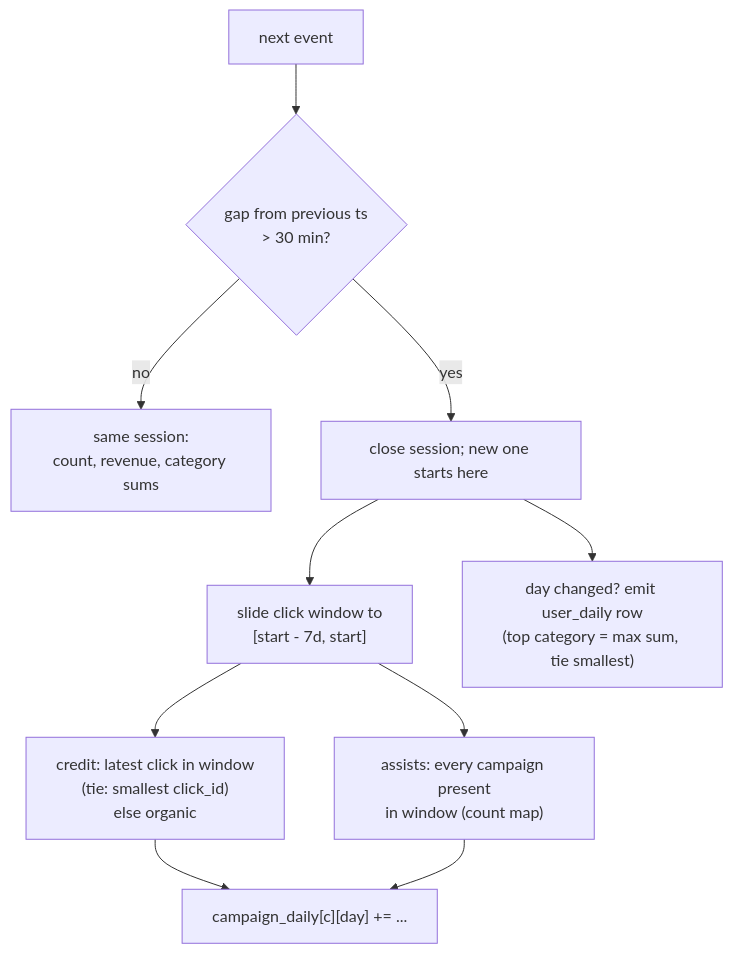
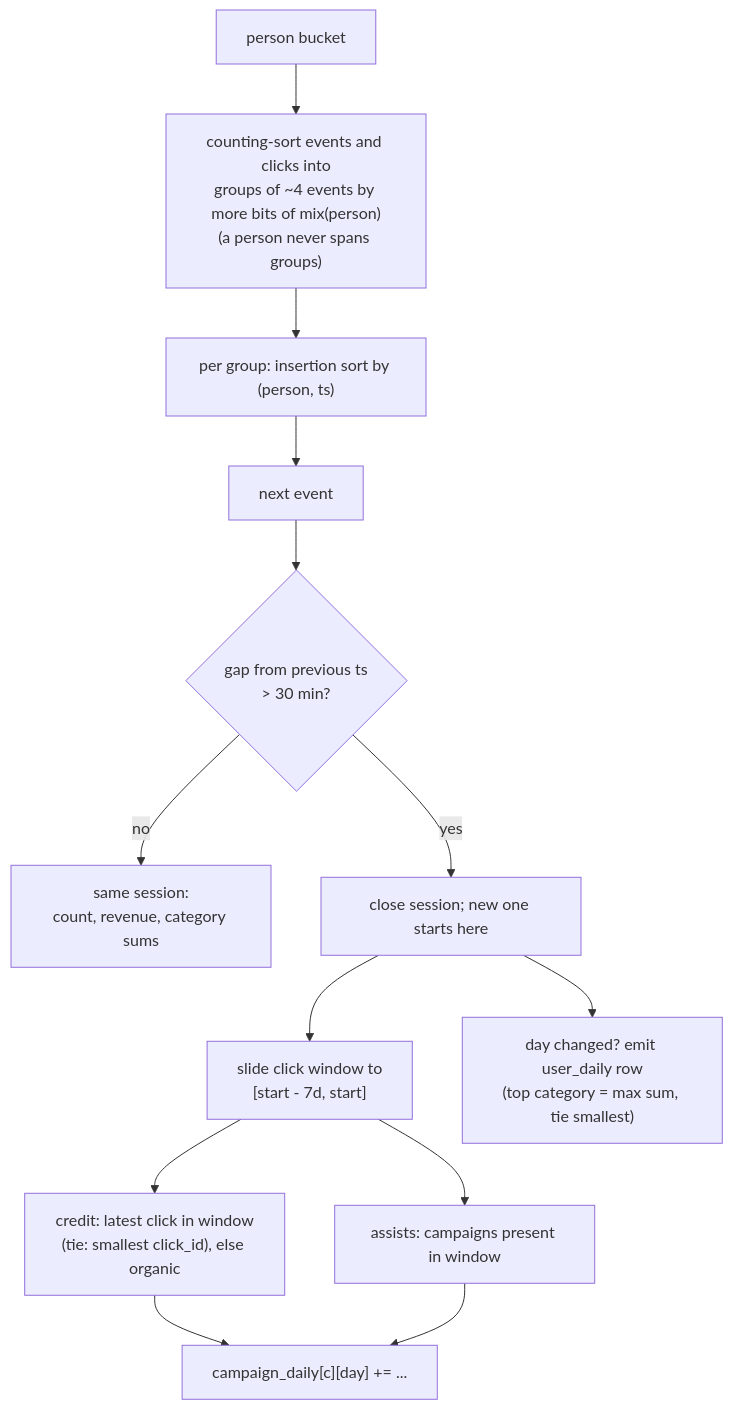
The eighth of 8 diagrams in docs/ARCHITECTURE.md (Kavan04/Databricks_Shopping), drawn with Mermaid before and after one commit. The commit also changed other lines of this file and 9 other files, not shown here.

````diff
--- a/docs/ARCHITECTURE.md
+++ b/docs/ARCHITECTURE.md
@@ -166,12 +167,15 @@
 ```mermaid
 flowchart TD
-    A["next event"] --> G{"gap from previous ts<br/>&gt; 30 min?"}
-    G -->|no| ADD["same session:<br/>count, revenue, category sums"]
-    G -->|yes| NEW["close session; new one starts here"]
+    B["person bucket"] --> G["counting-sort events and clicks into<br/>groups of ~4 events by more bits of mix(person)<br/>(a person never spans groups)"]
+    G --> S["per group: insertion sort by (person, ts)"]
+    S --> A["next event"]
+    A --> GP{"gap from previous ts<br/>&gt; 30 min?"}
+    GP -->|no| ADD["same session:<br/>count, revenue, category sums"]
+    GP -->|yes| NEW["close session; new one starts here"]
     NEW --> W["slide click window to<br/>[start - 7d, start]"]
-    W --> CR["credit: latest click in window<br/>(tie: smallest click_id)<br/>else organic"]
-    W --> AS["assists: every campaign present<br/>in window (count map)"]
+    W --> CR["credit: latest click in window<br/>(tie: smallest click_id), else organic"]
+    W --> AS["assists: campaigns present in window"]
     CR --> AGG["campaign_daily[c][day] += ..."]
     AS --> AGG
     NEW --> UD["day changed? emit user_daily row<br/>(top category = max sum, tie smallest)"]
 ```
````
